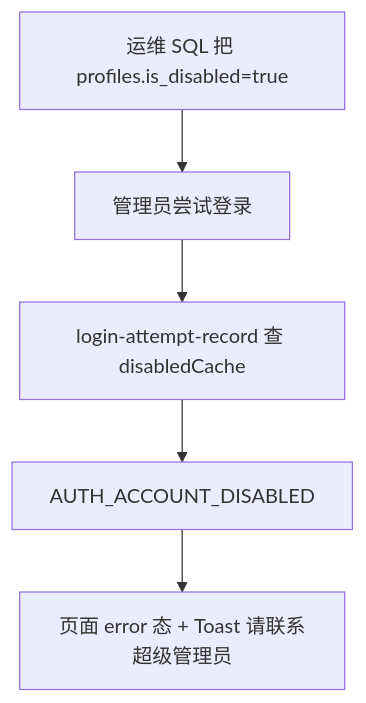
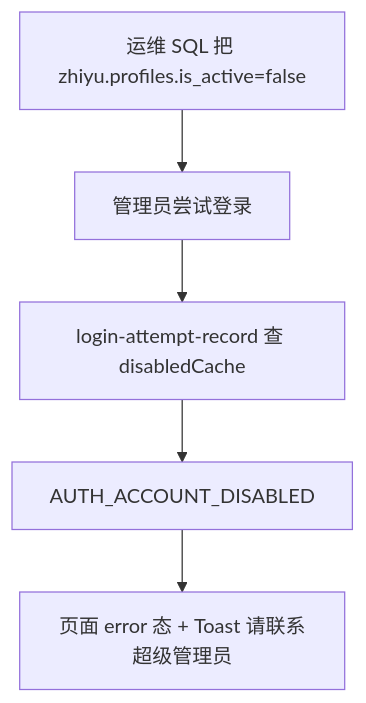
Before and after one commit to foryou2026/chinese: the third of 7 diagrams in docs/C01-requirements/auth/flows/admin-exception-flow.md, drawn with Mermaid. The commit also changed 18 other files, not shown here.

````diff
--- a/docs/C01-requirements/auth/flows/admin-exception-flow.md
+++ b/docs/C01-requirements/auth/flows/admin-exception-flow.md
@@ -29,7 +29,7 @@
 ```mermaid
 flowchart TD
-  A[运维 SQL 把 profiles.is_disabled=true] --> B[管理员尝试登录]
+  A[运维 SQL 把 zhiyu.profiles.is_active=false] --> B[管理员尝试登录]
   B --> C[login-attempt-record 查 disabledCache]
   C --> D[AUTH_ACCOUNT_DISABLED]
   D --> E[页面 error 态 + Toast 请联系超级管理员]
 ```
````
